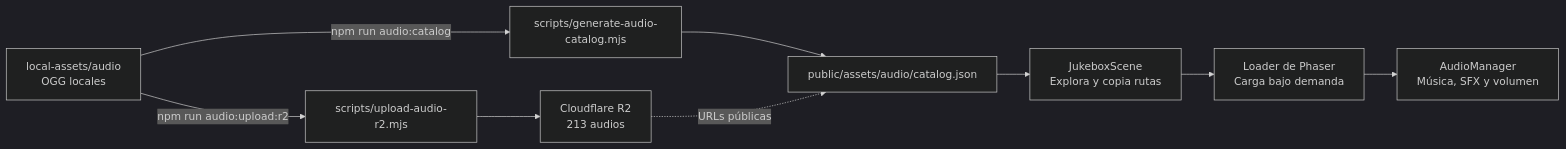
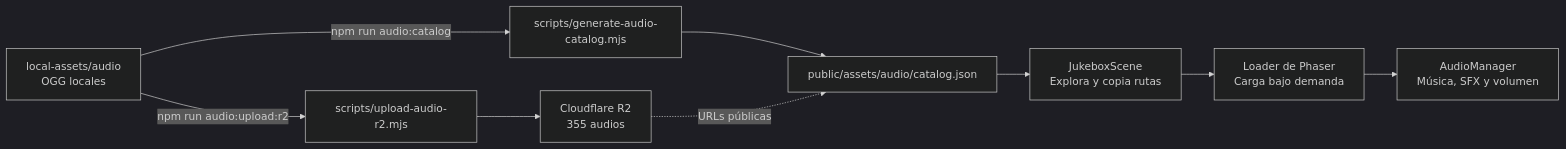
One commit to marianoluzza/phaser changed the fifth of 6 diagrams in AGENTS.md. Above: the diagram before and after it, drawn with Mermaid (dark theme). The commit also changed other lines of this file and 7 other files, not shown here.

````diff
--- a/AGENTS.md
+++ b/AGENTS.md
@@ -460,20 +463,20 @@
 ```mermaid
 flowchart LR
     Packs["local-assets/audio<br/>OGG locales"]
-    R2["Cloudflare R2<br/>213 audios"]
+    R2["Cloudflare R2<br/>355 audios"]
     Upload["scripts/upload-audio-r2.mjs"]
     Script["scripts/generate-audio-catalog.mjs"]
     Json["public/assets/audio/catalog.json"]
     Jukebox["JukeboxScene<br/>Explora y copia rutas"]
     Loader["Loader de Phaser<br/>Carga bajo demanda"]
     Audio["AudioManager<br/>Música, SFX y volumen"]
 
     Packs -->|"npm run audio:upload:r2"| Upload
     Upload --> R2
     Packs -->|"npm run audio:catalog"| Script
     Script --> Json
     R2 -. "URLs públicas" .-> Json
     Json --> Jukebox
     Jukebox --> Loader
     Loader --> Audio
 ```
````
